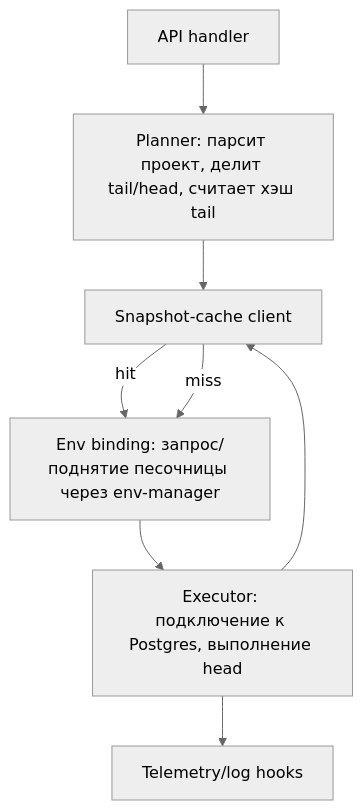
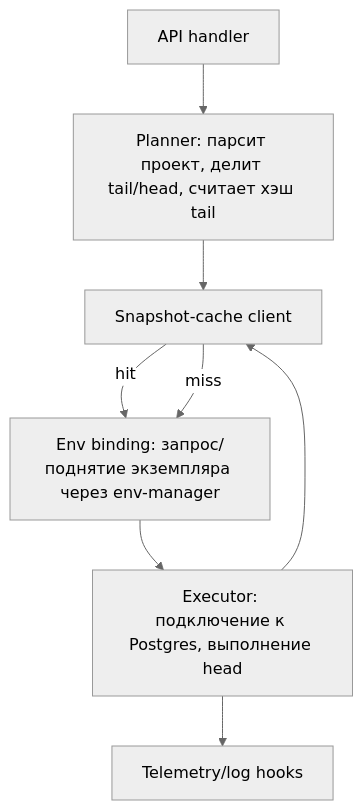
Before and after one commit to kimak-irmagi/taidon: the second of 5 diagrams in docs/architecture/diagrams.RU.md, drawn with Mermaid (neutral theme). The commit also changed other lines of this file and 90 other files, not shown here.

````diff
--- a/docs/architecture/diagrams.RU.md
+++ b/docs/architecture/diagrams.RU.md
@@ -65,15 +65,15 @@
 ```mermaid
 flowchart TD
   API[API handler]
   Plan[Planner: парсит проект, делит tail/head, считает хэш tail]
   CacheClient[Snapshot-cache client]
-  EnvBind[Env binding: запрос/поднятие песочницы через env-manager]
+  EnvBind[Env binding: запрос/поднятие экземпляра через env-manager]
   Exec[Executor: подключение к Postgres, выполнение head]
   Tele[Telemetry/log hooks]
 
   API --> Plan --> CacheClient
   CacheClient -->|hit| EnvBind
   CacheClient -->|miss| EnvBind
   EnvBind --> Exec --> Tele
   Exec --> CacheClient
 ```
````
